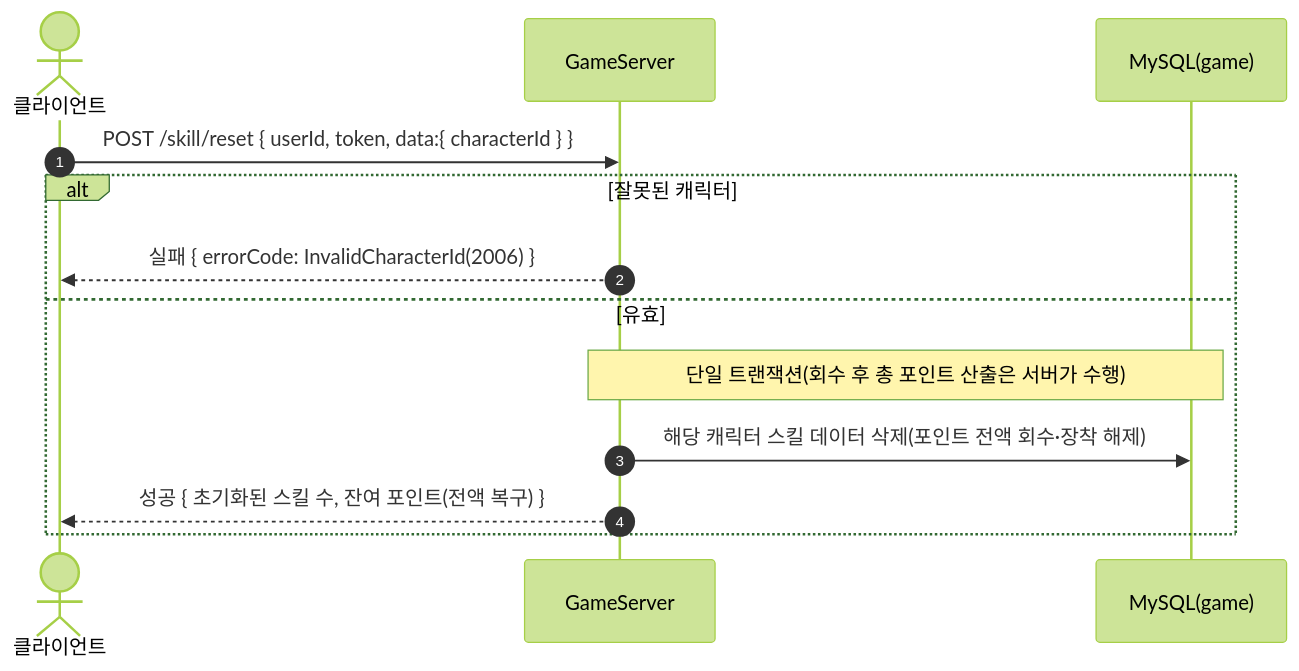
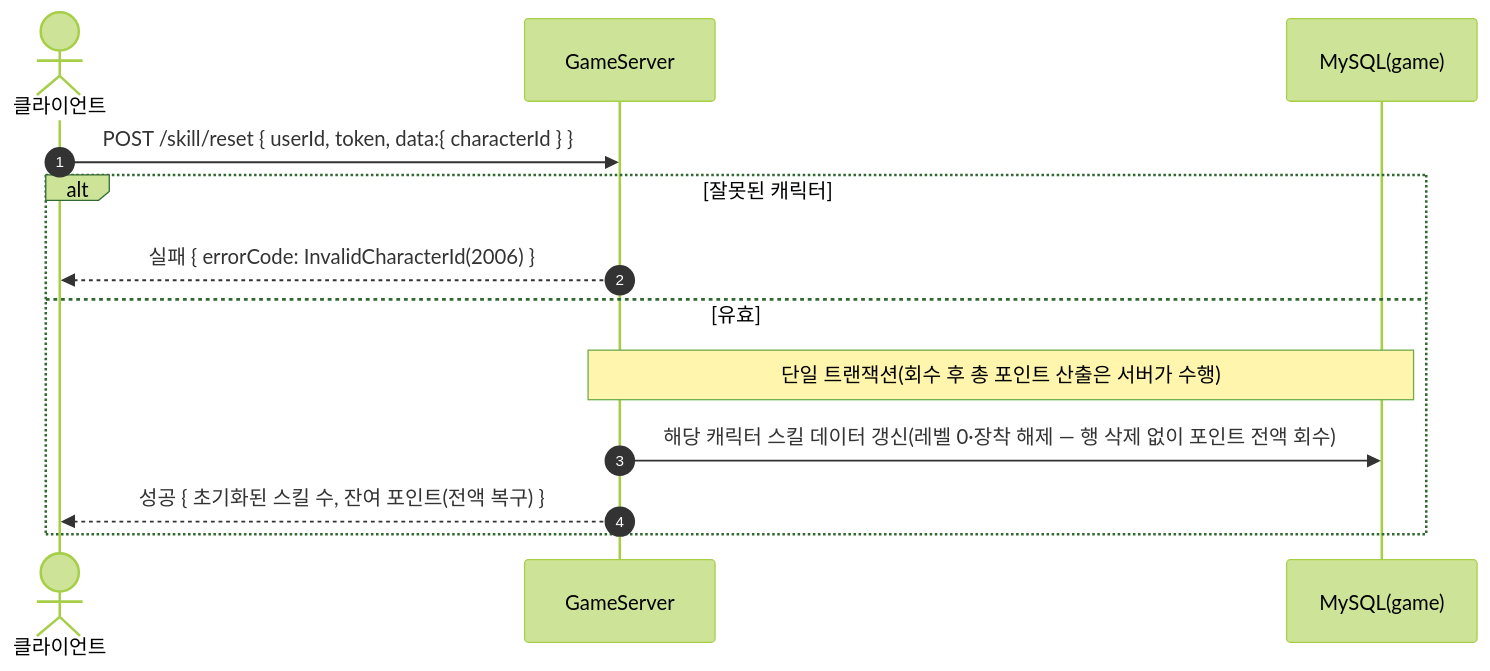
Before and after one commit to ks-wook/com2us-taskbar-hero: diagram 19 of 32 in SequenceDiagram/README.md, drawn with Mermaid (forest theme). The commit also changed other lines of this file and 9 other files, not shown here.

````diff
--- a/SequenceDiagram/README.md
+++ b/SequenceDiagram/README.md
@@ -560,16 +560,16 @@
 ```mermaid
 sequenceDiagram
     autonumber
     actor C as 클라이언트
     participant S as GameServer
     participant DB as MySQL(game)
 
     C->>S: POST /skill/reset { userId, token, data:{ characterId } }
     alt 잘못된 캐릭터
         S-->>C: 실패 { errorCode: InvalidCharacterId(2006) }
     else 유효
         Note over S,DB: 단일 트랜잭션(회수 후 총 포인트 산출은 서버가 수행)
-        S->>DB: 해당 캐릭터 스킬 데이터 삭제(포인트 전액 회수·장착 해제)
+        S->>DB: 해당 캐릭터 스킬 데이터 갱신(레벨 0·장착 해제 — 행 삭제 없이 포인트 전액 회수)
         S-->>C: 성공 { 초기화된 스킬 수, 잔여 포인트(전액 복구) }
     end
 ```
````
